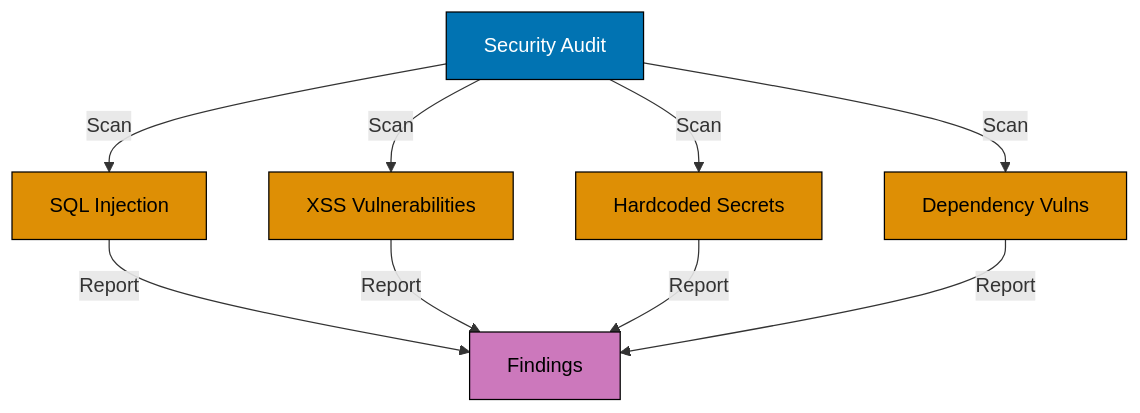
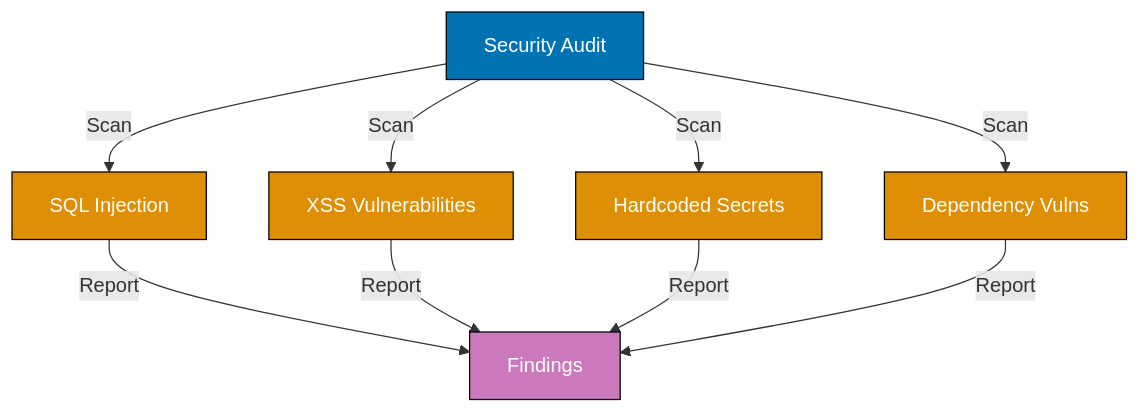
Before and after one commit to wahidyankf/open-sharia-enterprise: the sixth of 10 diagrams in apps/ayokoding-web/content/en/learn/software-engineering/automation-tools/claude-code/by-example/advanced.md, drawn with Mermaid. The commit also changed other lines of this file and 61 other files, not shown here.

First line of the commit message:
fix(ayokoding-web): quote Mermaid node labels with special characters in Example 63

````diff
--- a/apps/ayokoding-web/content/en/learn/software-engineering/automation-tools/claude-code/by-example/advanced.md
+++ b/apps/ayokoding-web/content/en/learn/software-engineering/automation-tools/claude-code/by-example/advanced.md
@@ -935,18 +935,18 @@
 ```mermaid
 graph TD
     A[Security Audit] -->|Scan| B[SQL Injection]
     A -->|Scan| C[XSS Vulnerabilities]
     A -->|Scan| D[Hardcoded Secrets]
     A -->|Scan| E[Dependency Vulns]
     B -->|Report| F[Findings]
     C -->|Report| F
     D -->|Report| F
     E -->|Report| F
 
     style A fill:#0173B2,stroke:#000,color:#fff
-    style B fill:#DE8F05,stroke:#000,color:#000
-    style C fill:#DE8F05,stroke:#000,color:#000
-    style D fill:#DE8F05,stroke:#000,color:#000
-    style E fill:#DE8F05,stroke:#000,color:#000
-    style F fill:#CC78BC,stroke:#000,color:#000
+    style B fill:#DE8F05,stroke:#000,color:#fff
+    style C fill:#DE8F05,stroke:#000,color:#fff
+    style D fill:#DE8F05,stroke:#000,color:#fff
+    style E fill:#DE8F05,stroke:#000,color:#fff
+    style F fill:#CC78BC,stroke:#000,color:#fff
 ```
````
